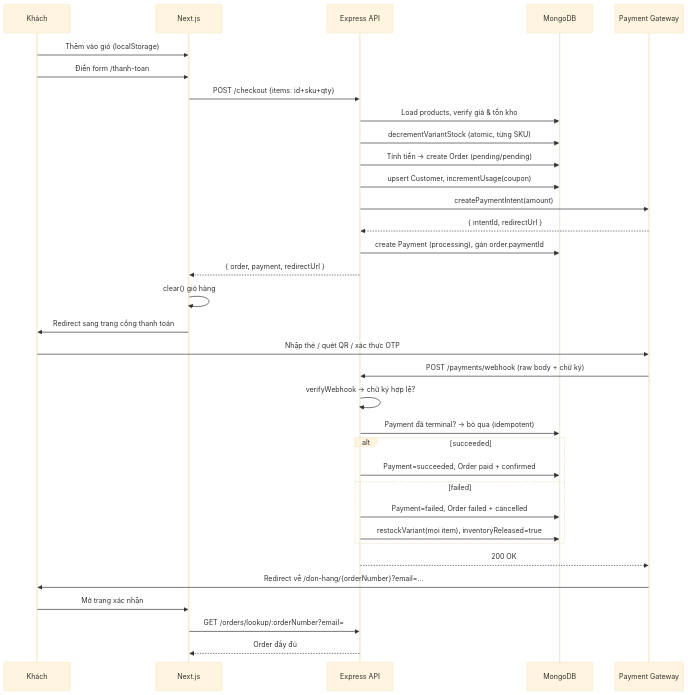
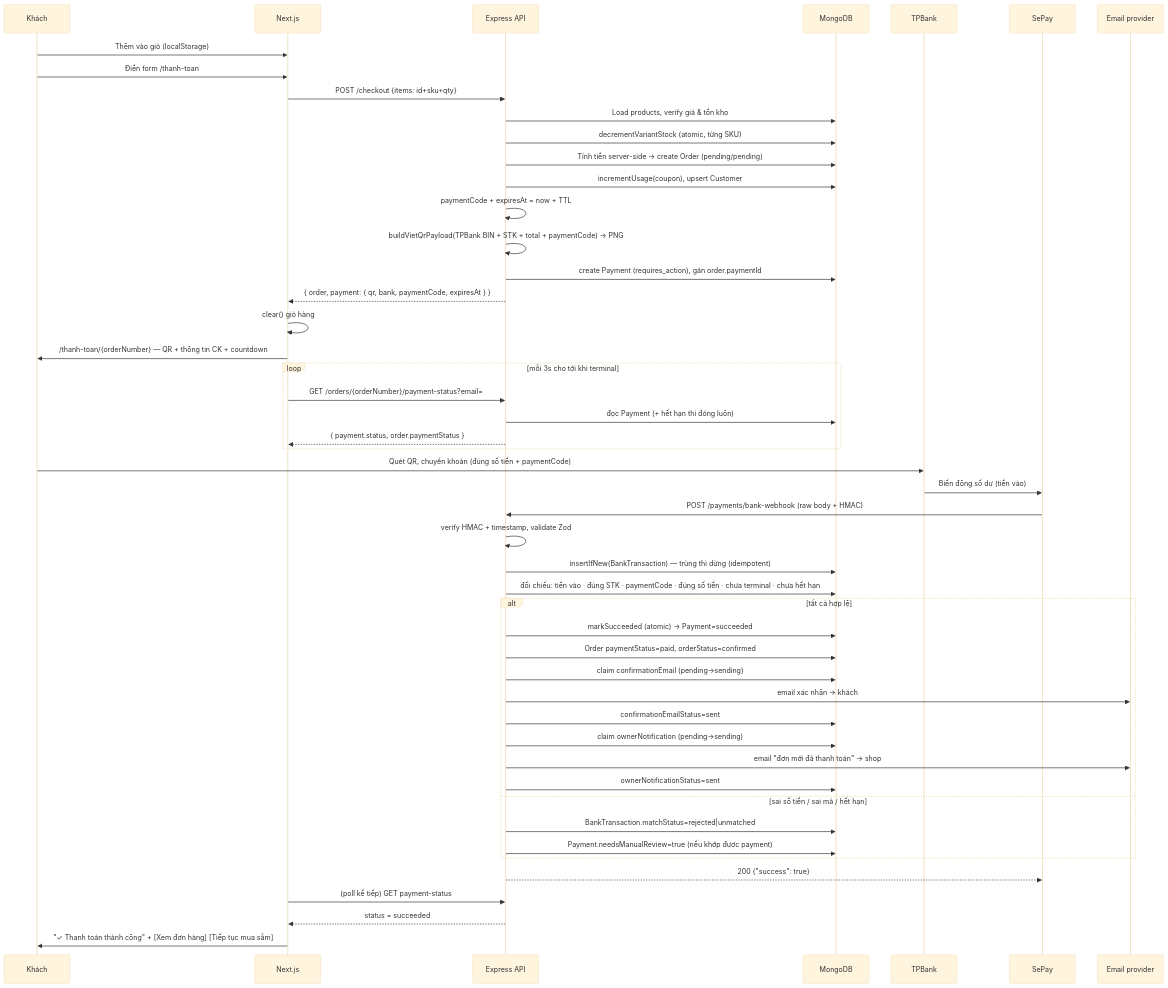
One commit to sondopin/lylaglass changed the second of 4 diagrams in TECHNICAL_OVERVIEW.md. Above: the diagram before and after it, drawn with Mermaid (base theme). The commit also changed other lines of this file and 63 other files, not shown here.

Commit message:
thanh toan va gui email

````diff
--- a/TECHNICAL_OVERVIEW.md
+++ b/TECHNICAL_OVERVIEW.md
@@ -401,37 +518,55 @@
 ```mermaid
 sequenceDiagram
     participant U as Khách
     participant FE as Next.js
     participant API as Express API
     participant DB as MongoDB
-    participant PG as Payment Gateway
+    participant BANK as TPBank
+    participant SP as SePay
+    participant MAIL as Email provider
 
     U->>FE: Thêm vào giỏ (localStorage)
     U->>FE: Điền form /thanh-toan
     FE->>API: POST /checkout {items: id+sku+qty}
     API->>DB: Load products, verify giá & tồn kho
     API->>DB: decrementVariantStock (atomic, từng SKU)
-    API->>DB: Tính tiền → create Order (pending/pending)
-    API->>DB: upsert Customer, incrementUsage(coupon)
-    API->>PG: createPaymentIntent(amount)
-    PG-->>API: { intentId, redirectUrl }
-    API->>DB: create Payment (processing), gán order.paymentId
-    API-->>FE: { order, payment, redirectUrl }
+    API->>DB: Tính tiền server-side → create Order (pending/pending)
+    API->>DB: incrementUsage(coupon), upsert Customer
+    API->>API: paymentCode + expiresAt = now + TTL
+    API->>API: buildVietQrPayload(TPBank BIN + STK + total + paymentCode) → PNG
+    API->>DB: create Payment (requires_action), gán order.paymentId
+    API-->>FE: { order, payment: { qr, bank, paymentCode, expiresAt } }
     FE->>FE: clear() giỏ hàng
-    FE->>U: Redirect sang trang cổng thanh toán
-    U->>PG: Nhập thẻ / quét QR / xác thực OTP
-    PG->>API: POST /payments/webhook (raw body + chữ ký)
-    API->>API: verifyWebhook → chữ ký hợp lệ?
-    API->>DB: Payment đã terminal? → bỏ qua (idempotent)
-    alt succeeded
-        API->>DB: Payment=succeeded, Order paid + confirmed
-    else failed
-        API->>DB: Payment=failed, Order failed + cancelled
-        API->>DB: restockVariant(mọi item), inventoryReleased=true
+    FE->>U: /thanh-toan/{orderNumber} — QR + thông tin CK + countdown
+
+    loop mỗi 3s cho tới khi terminal
+        FE->>API: GET /orders/{orderNumber}/payment-status?email=
+        API->>DB: đọc Payment (+ hết hạn thì đóng luôn)
+        API-->>FE: { payment.status, order.paymentStatus }
     end
-    API-->>PG: 200 OK
-    PG->>U: Redirect về /don-hang/{orderNumber}?email=…
-    U->>FE: Mở trang xác nhận
-    FE->>API: GET /orders/lookup/:orderNumber?email=
-    API-->>FE: Order đầy đủ
+
+    U->>BANK: Quét QR, chuyển khoản (đúng số tiền + paymentCode)
+    BANK->>SP: Biến động số dư (tiền vào)
+    SP->>API: POST /payments/bank-webhook (raw body + HMAC)
+    API->>API: verify HMAC + timestamp, validate Zod
+    API->>DB: insertIfNew(BankTransaction) — trùng thì dừng (idempotent)
+    API->>DB: đối chiếu: tiền vào · đúng STK · paymentCode · đúng số tiền · chưa terminal · chưa hết hạn
+    alt tất cả hợp lệ
+        API->>DB: markSucceeded (atomic) → Payment=succeeded
+        API->>DB: Order paymentStatus=paid, orderStatus=confirmed
+        API->>DB: claim confirmationEmail (pending→sending)
+        API->>MAIL: email xác nhận -> khách
+        API->>DB: confirmationEmailStatus=sent
+        API->>DB: claim ownerNotification (pending→sending)
+        API->>MAIL: email "đơn mới đã thanh toán" -> shop
+        API->>DB: ownerNotificationStatus=sent
+    else sai số tiền / sai mã / hết hạn
+        API->>DB: BankTransaction.matchStatus=rejected|unmatched
+        API->>DB: Payment.needsManualReview=true (nếu khớp được payment)
+    end
+    API-->>SP: 200 {"success": true}
+
+    FE->>API: (poll kế tiếp) GET payment-status
+    API-->>FE: status = succeeded
+    FE->>U: "✓ Thanh toán thành công" + [Xem đơn hàng] [Tiếp tục mua sắm]
 ```
````
